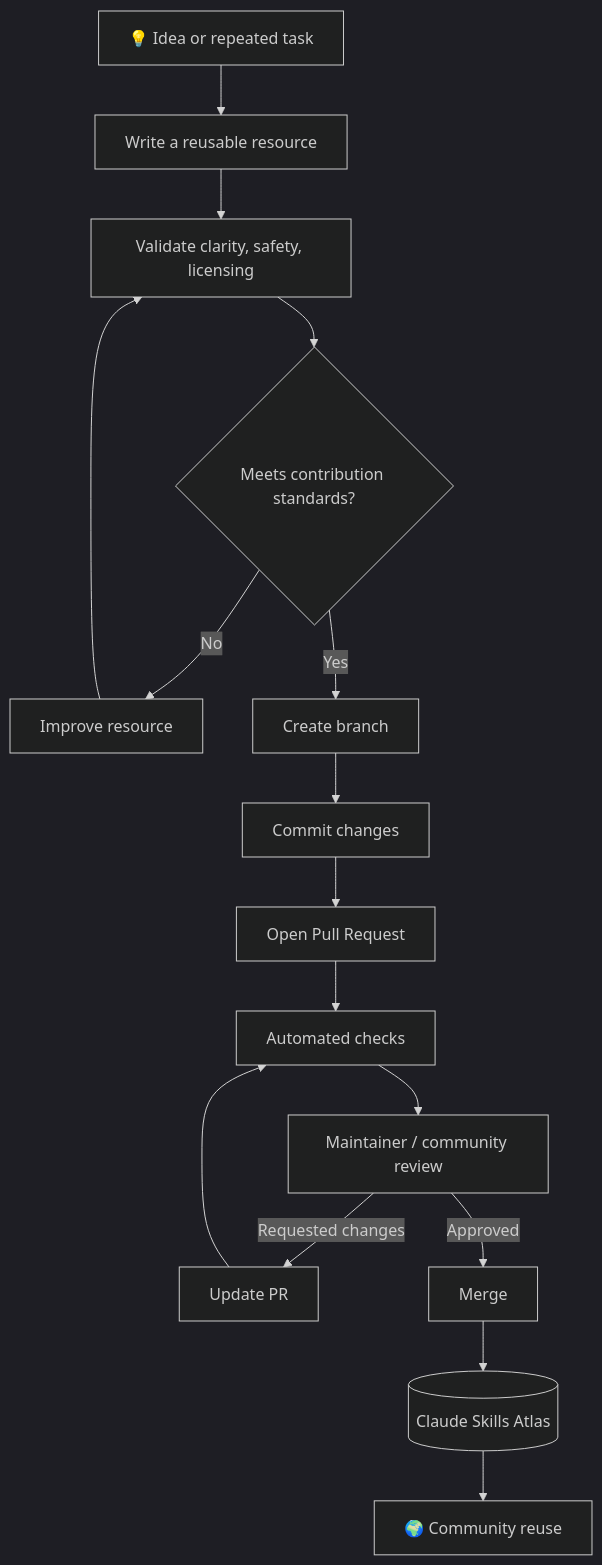
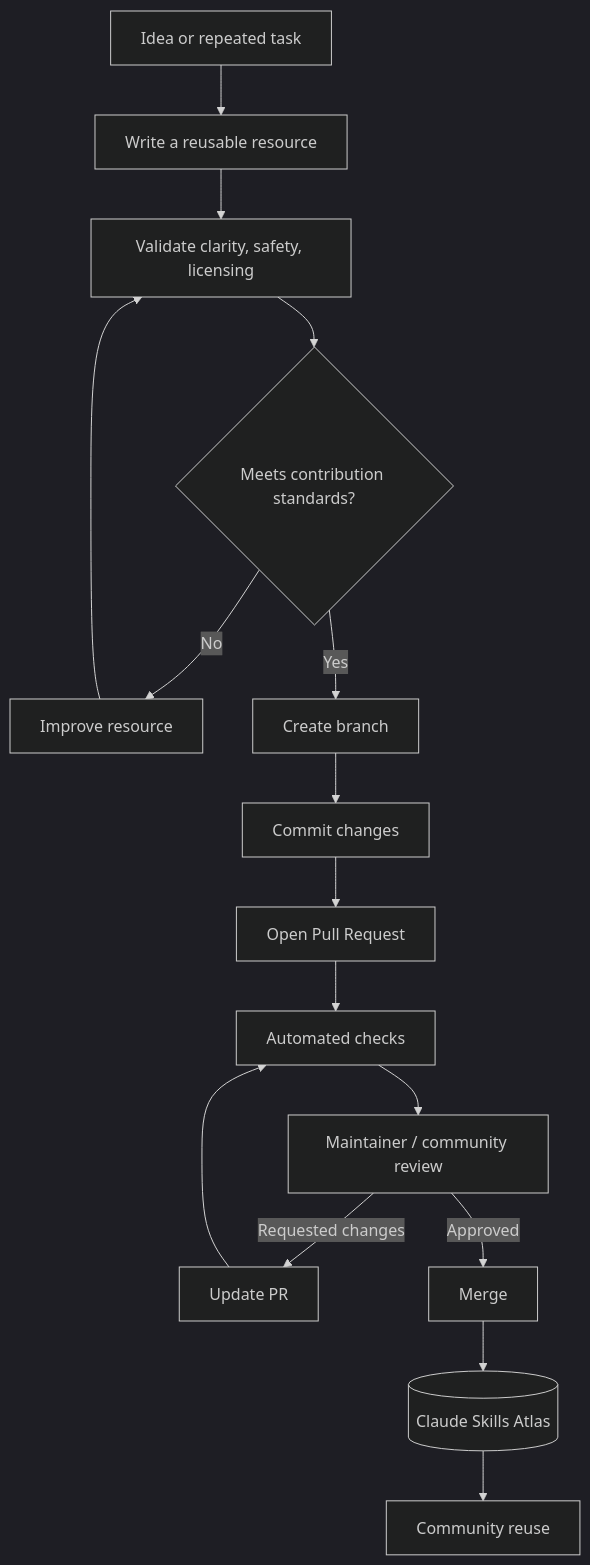
One commit to SANJANAKUMARI83/claude-skills-atlas changed the second of 4 diagrams in docs/diagrams.md. Above: the diagram before and after it, drawn with Mermaid (dark theme). The commit also changed other lines of this file, not shown here.

Commit message:
Remove emojis from docs/diagrams.md

````diff
--- a/docs/diagrams.md
+++ b/docs/diagrams.md
@@ -35,19 +35,19 @@
 ```mermaid
 flowchart TD
-    I[💡 Idea or repeated task]
+    I[Idea or repeated task]
     I --> Q[Write a reusable resource]
     Q --> V[Validate clarity, safety, licensing]
     V --> B{Meets contribution standards?}
     B -->|No| FIX[Improve resource]
     FIX --> V
     B -->|Yes| BR[Create branch]
     BR --> C[Commit changes]
     C --> PR[Open Pull Request]
     PR --> CI[Automated checks]
     CI --> REVIEW[Maintainer / community review]
     REVIEW -->|Requested changes| FIXPR[Update PR]
     FIXPR --> CI
     REVIEW -->|Approved| MERGE[Merge]
     MERGE --> LIB[(Claude Skills Atlas)]
-    LIB --> U[🌍 Community reuse]
+    LIB --> U[Community reuse]
 ```
````
